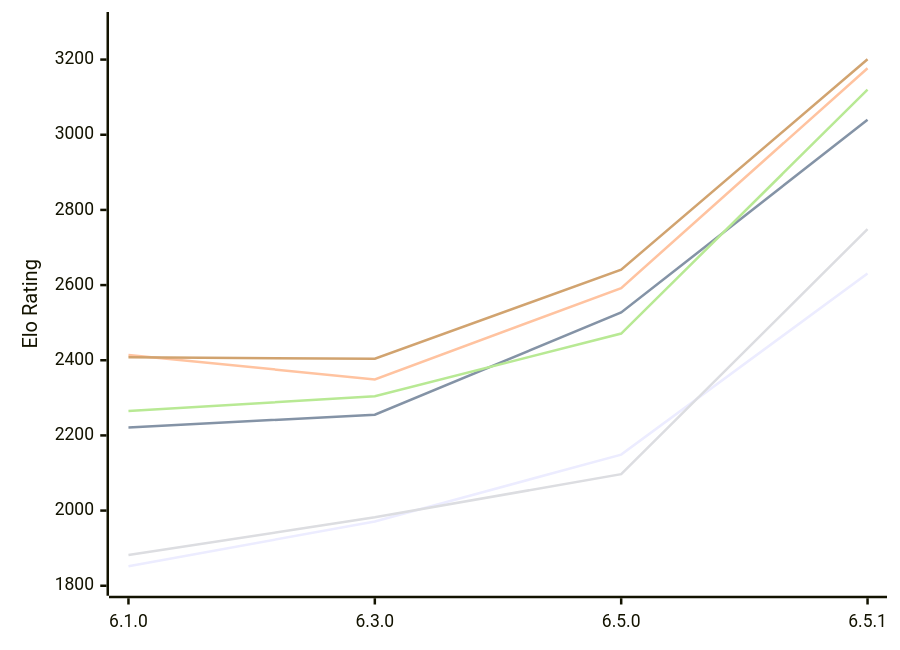
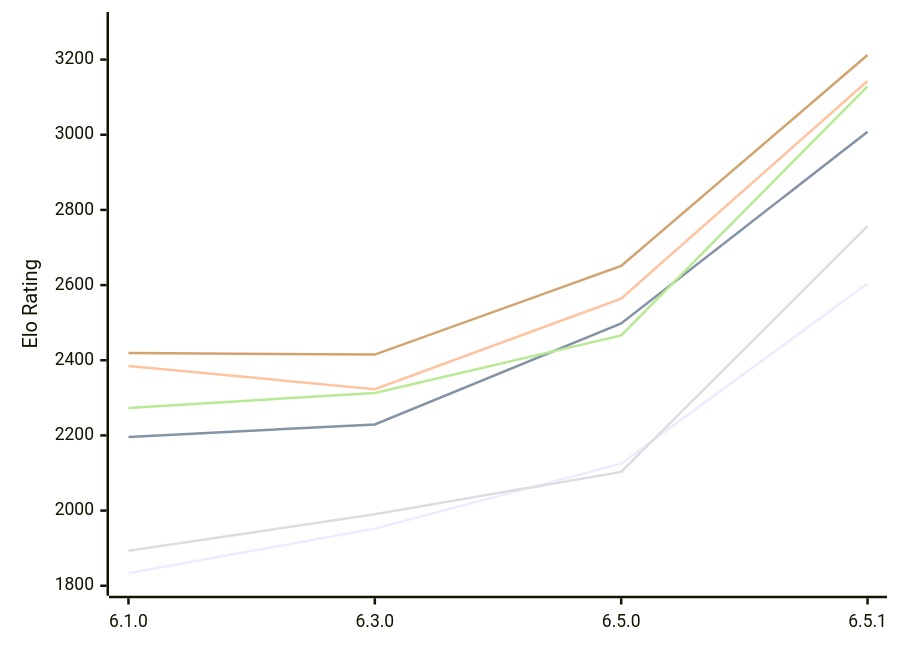
One commit to computer-chess-index/cci changed the diagram in engines/Luminex.md. Above: the diagram before and after it, drawn with Mermaid. The commit also changed other lines of this file, not shown here.

Commit message:
Update CCI Ratings (ELO VLTC) - 2026-11-12

````diff
--- a/engines/Luminex.md
+++ b/engines/Luminex.md
@@ -53,12 +53,12 @@
 ```mermaid
 %%{init: {"theme":"base","themeVariables":{"seriesColors:['#a3a3a3','#222221','#faa371']}}}%%
 xychart-beta
   x-axis ["6.1.0", "6.3.0", "6.5.0", "6.5.1"]
   y-axis "Elo Rating" 1800 --> 3300
-  line "E1: STC (8.0+0.08s)" [1852, 1971, 2149, 2631]
-  line "E1: LTC (60.0+0.60s)" [2221, 2255, 2527, 3040]
-  line "E1: VLTC (2m24s+1.12s)" [2414, 2349, 2592, 3177]
-  line "P1: STC (8.0+0.08s)" [1882, 1982, 2097, 2749]
-  line "P1: LTC (60.0+0.60s)" [2265, 2304, 2471, 3120]
-  line "P1: VLTC (2m24s+1.12s)" [2408, 2404, 2641, 3201]
+  line "E1: STC (8.0+0.08s)" [1833, 1952, 2125, 2604]
+  line "E1: LTC (60.0+0.60s)" [2196, 2229, 2498, 3008]
+  line "E1: VLTC (2m24s+1.12s)" [2385, 2323, 2564, 3143]
+  line "P1: STC (8.0+0.08s)" [1893, 1990, 2103, 2757]
+  line "P1: LTC (60.0+0.60s)" [2273, 2313, 2466, 3129]
+  line "P1: VLTC (2m24s+1.12s)" [2419, 2415, 2651, 3212]
 ```
````
